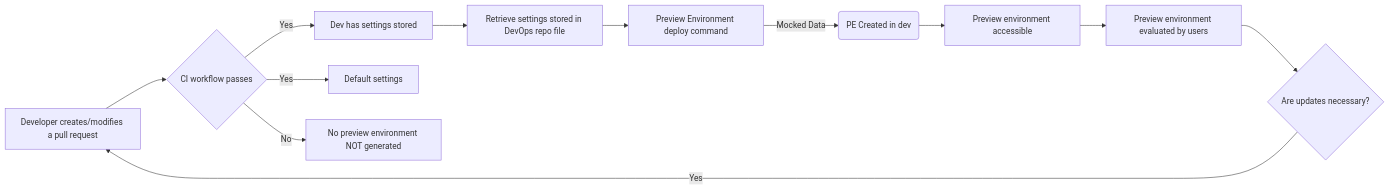
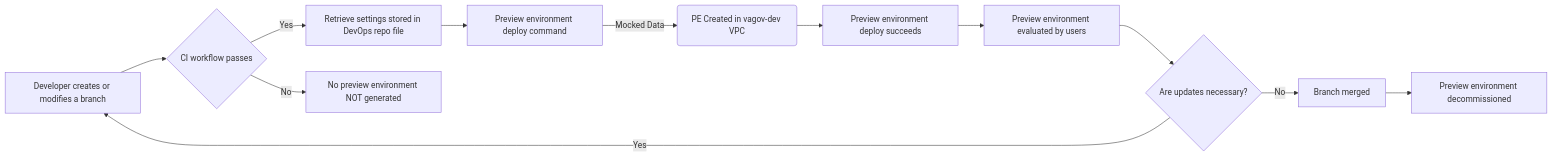
The diagram in rfc/2022/2022-11-02_TechTeam4_Preview_Environment_Architecture.md (department-of-veterans-affairs/va.gov-platform-architecture), drawn with Mermaid before and after one commit. The commit also changed other lines of this file, not shown here.

Commit message:
Update 2022-11-02_TechTeam4_Preview_Environment_Architecture.md
update diagram

````diff
--- a/rfc/2022/2022-11-02_TechTeam4_Preview_Environment_Architecture.md
+++ b/rfc/2022/2022-11-02_TechTeam4_Preview_Environment_Architecture.md
@@ -82,14 +82,14 @@
 ```mermaid
 flowchart LR;
-    A[Developer creates/modifies a pull request] --> B{CI workflow passes}
-    B --> |Yes| C[Dev has settings stored]
-    B --> |Yes| D[Default settings]
+    A[Developer creates or modifies a branch] --> B{CI workflow passes}
+    B --> |Yes| C[Retrieve settings stored in DevOps repo file]
     B --> |No| Z[No preview environment NOT generated]
-    C --> E[Retrieve settings stored in DevOps repo file]
-    E --> G[Preview Environment deploy command]
-    G --> |Mocked Data| H(PE Created in dev)
-    H --> J[Preview environment accessible]
-    J --> K[Preview environment evaluated by users]
-    K --> L{Are updates necessary?}
-    L --> |Yes| A
+    C --> D[Preview environment deploy command]
+    D --> |Mocked Data| E(PE Created in vagov-dev VPC)
+    E --> F[Preview environment deploy succeeds]
+    F --> G[Preview environment evaluated by users]
+    G --> H{Are updates necessary?}
+    H --> |Yes| A
+    H --> |No| I[Branch merged]
+    I --> J[Preview environment decommissioned]
 ```
````
